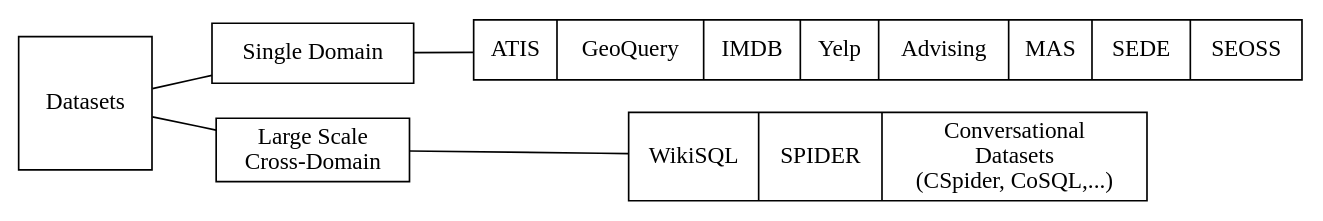
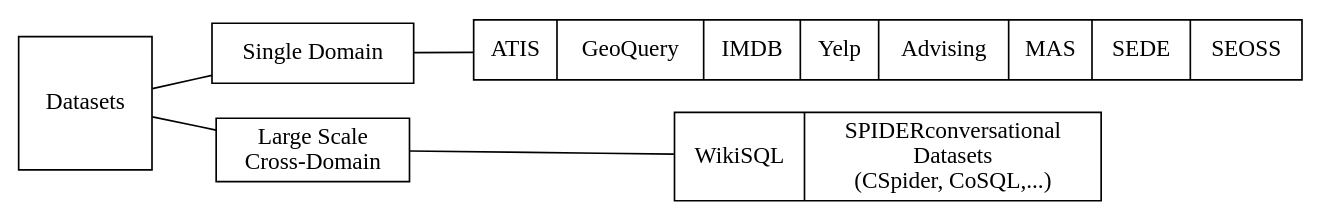
One commit to yazdipour/text-to-sql-thesis changed the diagram in pics/mindmap/ds/ds.dot. Above: the diagram before and after it, drawn with Graphviz. The commit also changed 9 other files, not shown here.

```diff
--- a/pics/mindmap/ds/ds.dot
+++ b/pics/mindmap/ds/ds.dot
@@ -1,11 +1,11 @@
 graph G {
 	node [shape=record];
     rankdir=LR;
     
 	Datasets [shape=square];
 	db [label = "{ATIS|GeoQuery|IMDB|Yelp|Advising|MAS|SEDE|SEOSS}"];
 	Datasets -- "Single Domain" -- db;
 
-	ds [label = "{WikiSQL|SPIDER|Conversational\nDatasets\n(CSpider, CoSQL,...)}"];
+	ds [label = "{WikiSQL|SPIDERconversational\nDatasets\n(CSpider, CoSQL,...)}"];
 	Datasets -- "Large Scale \nCross-Domain"  -- ds;
 }
```
